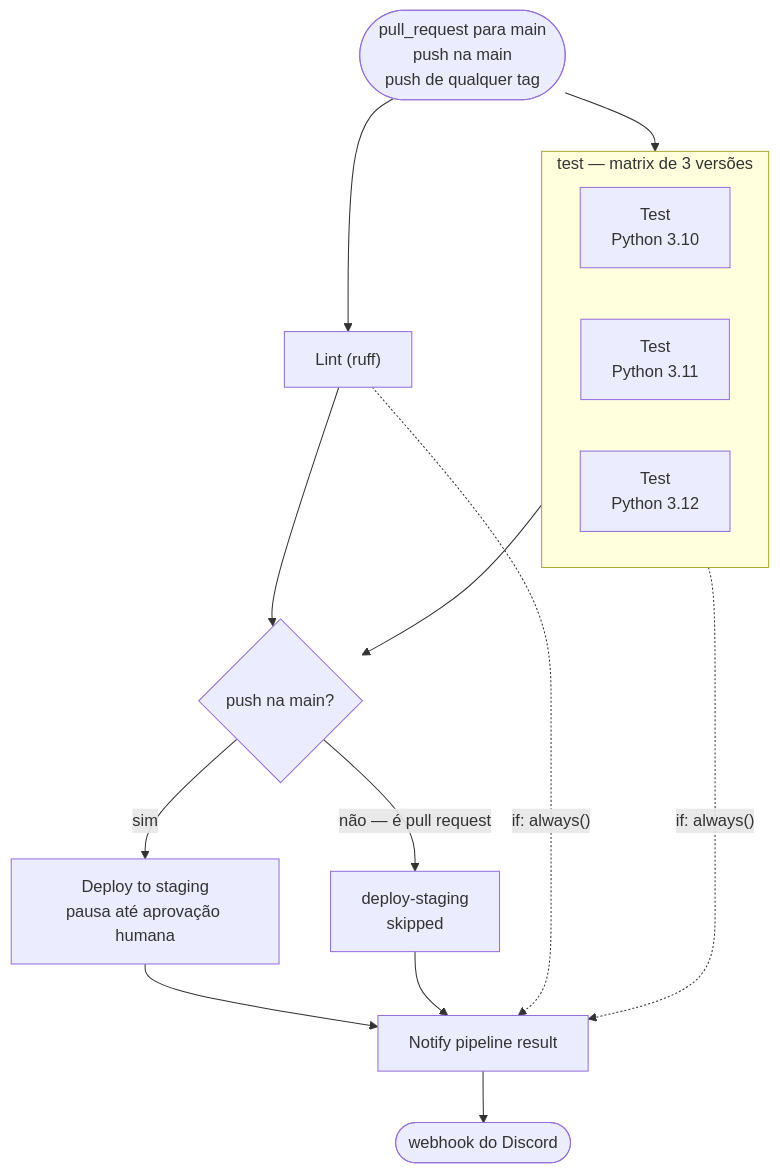
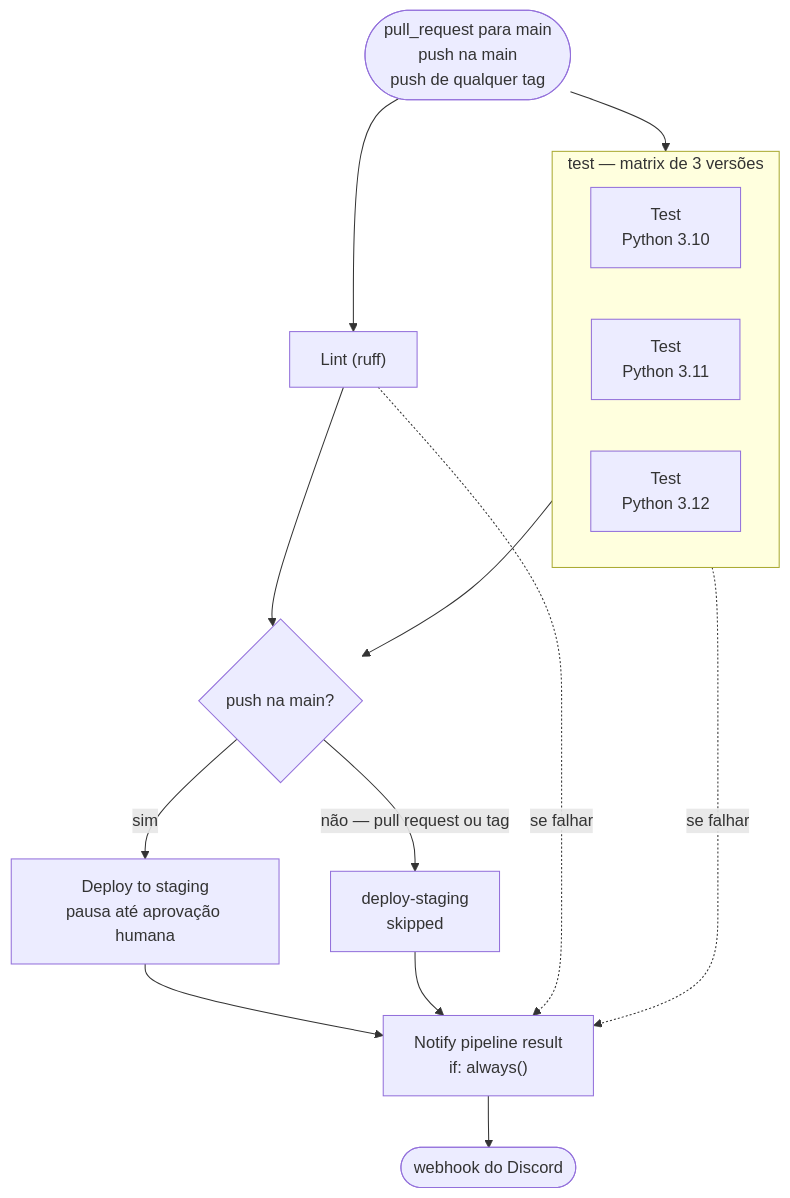
The first of 2 diagrams in README.md (weynne/cicd-grupo-WJD), drawn with Mermaid before and after one commit.

Commit message:
docs: correct the deploy branch label in the pipeline diagram
The no branch of the push-to-main decision was labelled as pull request
only. A tag push takes it too, since github.ref is refs/tags there, and
the diagram lists tag pushes among the triggers. Also moved if: always()
onto the notify node, where it actually belongs, and labelled the dotted
edges as the failure path.

````diff
--- a/README.md
+++ b/README.md
@@ -64,28 +64,29 @@
 ```mermaid
 flowchart TD
     T(["pull_request para main<br>push na main<br>push de qualquer tag"])
 
     T --> L["Lint (ruff)"]
     T --> M
 
     subgraph M["test — matrix de 3 versões"]
         direction LR
         M1["Test<br>Python 3.10"]
         M2["Test<br>Python 3.11"]
         M3["Test<br>Python 3.12"]
     end
 
     L --> D
     M --> D
 
     D{"push na main?"}
     D -->|sim| S["Deploy to staging<br>pausa até aprovação humana"]
-    D -->|"não — é pull request"| K["deploy-staging<br>skipped"]
+    D -->|"não — pull request ou tag"| K["deploy-staging<br>skipped"]
 
-    S --> N["Notify pipeline result"]
+    N["Notify pipeline result<br>if: always()"]
+    S --> N
     K --> N
-    L -.->|"if: always()"| N
-    M -.->|"if: always()"| N
+    L -.->|"se falhar"| N
+    M -.->|"se falhar"| N
 
     N --> W(["webhook do Discord"])
 ```
````
